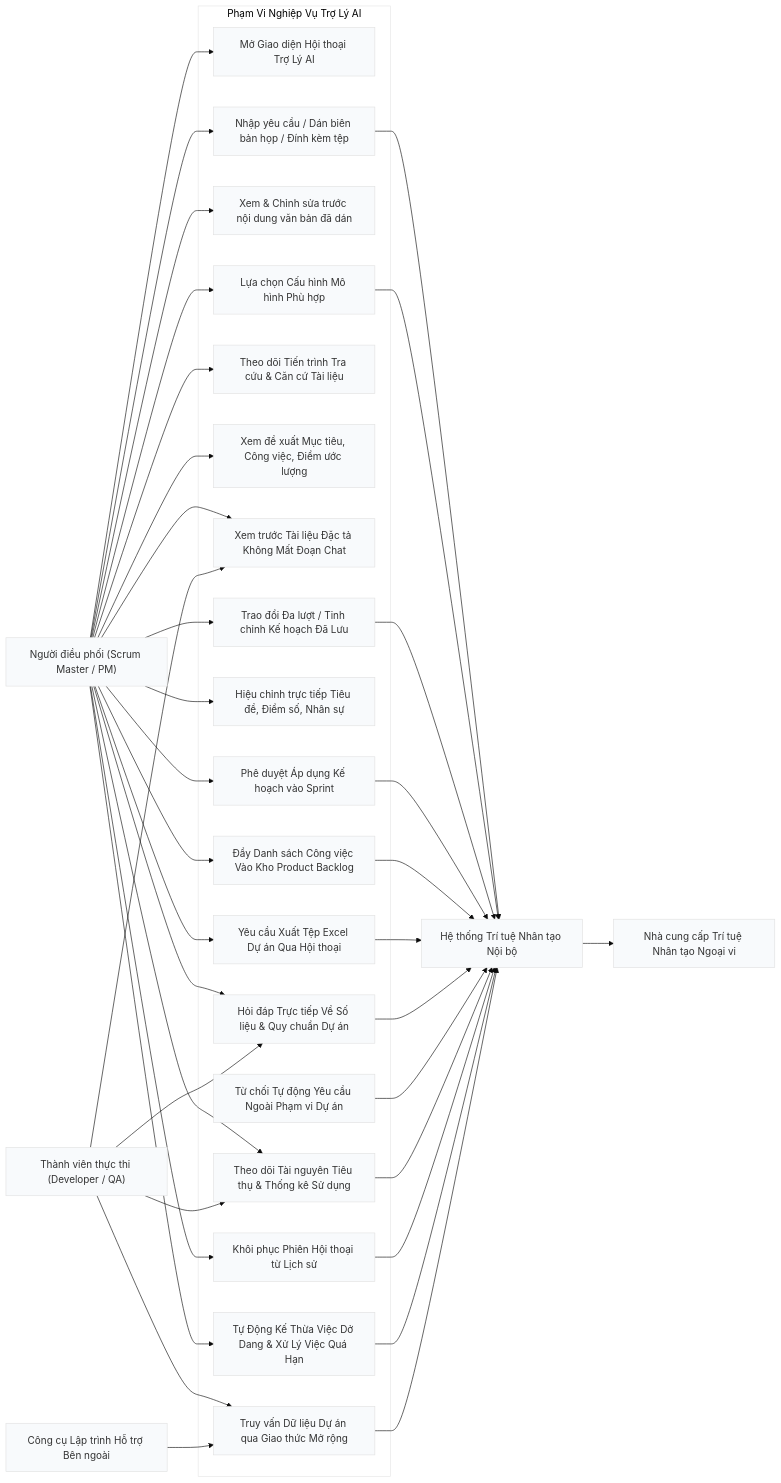
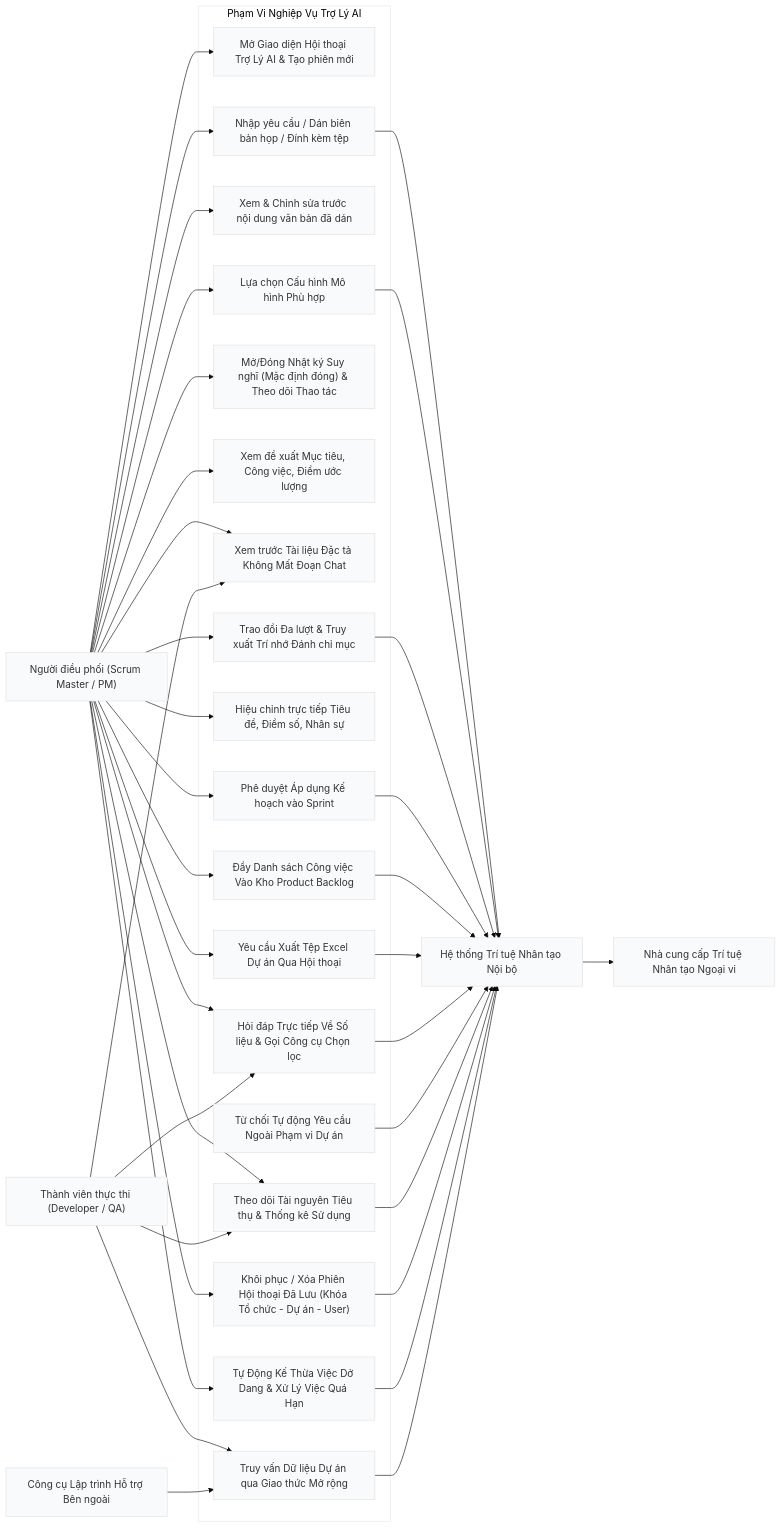
The third of 11 diagrams in docs/ai/CAM-NANG-TOAN-DIEN-MODULE-AI.md (TranHoang2k40525/ProjectMgmt), drawn with Mermaid before and after one commit. The commit also changed other lines of this file and 31 other files, not shown here.

Commit message:
feat(tro-ly-ai): hoàn thiện khối suy nghĩ mặc định đóng, định tuyến công cụ chọn lọc, lưu phiên hội thoại bền vững theo tổ chức-dự án-người dùng, chỉ mục trí nhớ và đồng bộ tài liệu

````diff
--- a/docs/ai/CAM-NANG-TOAN-DIEN-MODULE-AI.md
+++ b/docs/ai/CAM-NANG-TOAN-DIEN-MODULE-AI.md
@@ -227,67 +235,67 @@
 ```mermaid
 %%{init: {"theme": "base", "themeVariables": {"primaryColor": "#f8fafc", "edgeLabelBackground":"#ffffff"}}}%%
 flowchart LR
     SM["Người điều phối (Scrum Master / PM)"]
     DEV["Thành viên thực thi (Developer / QA)"]
     AI["Hệ thống Trí tuệ Nhân tạo Nội bộ"]
     EXT["Nhà cung cấp Trí tuệ Nhân tạo Ngoại vi"]
     EXT_AGENT["Công cụ Lập trình Hỗ trợ Bên ngoài"]
 
     subgraph UC["Phạm Vi Nghiệp Vụ Trợ Lý AI"]
-        UC1["Mở Giao diện Hội thoại Trợ Lý AI"]
+        UC1["Mở Giao diện Hội thoại Trợ Lý AI & Tạo phiên mới"]
         UC2["Nhập yêu cầu / Dán biên bản họp / Đính kèm tệp"]
         UC3["Xem & Chỉnh sửa trước nội dung văn bản đã dán"]
         UC4["Lựa chọn Cấu hình Mô hình Phù hợp"]
-        UC5["Theo dõi Tiến trình Tra cứu & Căn cứ Tài liệu"]
+        UC5["Mở/Đóng Nhật ký Suy nghĩ (Mặc định đóng) & Theo dõi Thao tác"]
         UC6["Xem đề xuất Mục tiêu, Công việc, Điểm ước lượng"]
         UC7["Xem trước Tài liệu Đặc tả Không Mất Đoạn Chat"]
-        UC8["Trao đổi Đa lượt / Tinh chỉnh Kế hoạch Đã Lưu"]
+        UC8["Trao đổi Đa lượt & Truy xuất Trí nhớ Đánh chỉ mục"]
         UC9["Hiệu chỉnh trực tiếp Tiêu đề, Điểm số, Nhân sự"]
         UC10["Phê duyệt Áp dụng Kế hoạch vào Sprint"]
         UC15["Đẩy Danh sách Công việc Vào Kho Product Backlog"]
         UC16["Yêu cầu Xuất Tệp Excel Dự án Qua Hội thoại"]
-        UC17["Hỏi đáp Trực tiếp Về Số liệu & Quy chuẩn Dự án"]
+        UC17["Hỏi đáp Trực tiếp Về Số liệu & Gọi Công cụ Chọn lọc"]
         UC18["Từ chối Tự động Yêu cầu Ngoài Phạm vi Dự án"]
         UC11["Truy vấn Dữ liệu Dự án qua Giao thức Mở rộng"]
         UC12["Theo dõi Tài nguyên Tiêu thụ & Thống kê Sử dụng"]
-        UC13["Khôi phục Phiên Hội thoại từ Lịch sử"]
+        UC13["Khôi phục / Xóa Phiên Hội thoại Đã Lưu (Khóa Tổ chức - Dự án - User)"]
         UC14["Tự Động Kế Thừa Việc Dở Dang & Xử Lý Việc Quá Hạn"]
     end
 
     SM --> UC1
     SM --> UC2
     SM --> UC3
     SM --> UC4
     SM --> UC5
     SM --> UC6
     SM --> UC7
     SM --> UC8
     SM --> UC9
     SM --> UC10
     SM --> UC15
     SM --> UC16
     SM --> UC17
     SM --> UC12
     SM --> UC13
     SM --> UC14
 
     DEV --> UC7
     DEV --> UC11
     DEV --> UC12
     DEV --> UC17
 
     UC2 --> AI
     UC4 --> AI
     UC8 --> AI
     UC10 --> AI
     UC15 --> AI
     UC16 --> AI
     UC17 --> AI
     UC18 --> AI
     UC12 --> AI
     UC13 --> AI
     UC14 --> AI
     AI --> EXT
     EXT_AGENT --> UC11
     UC11 --> AI
 ```
````
